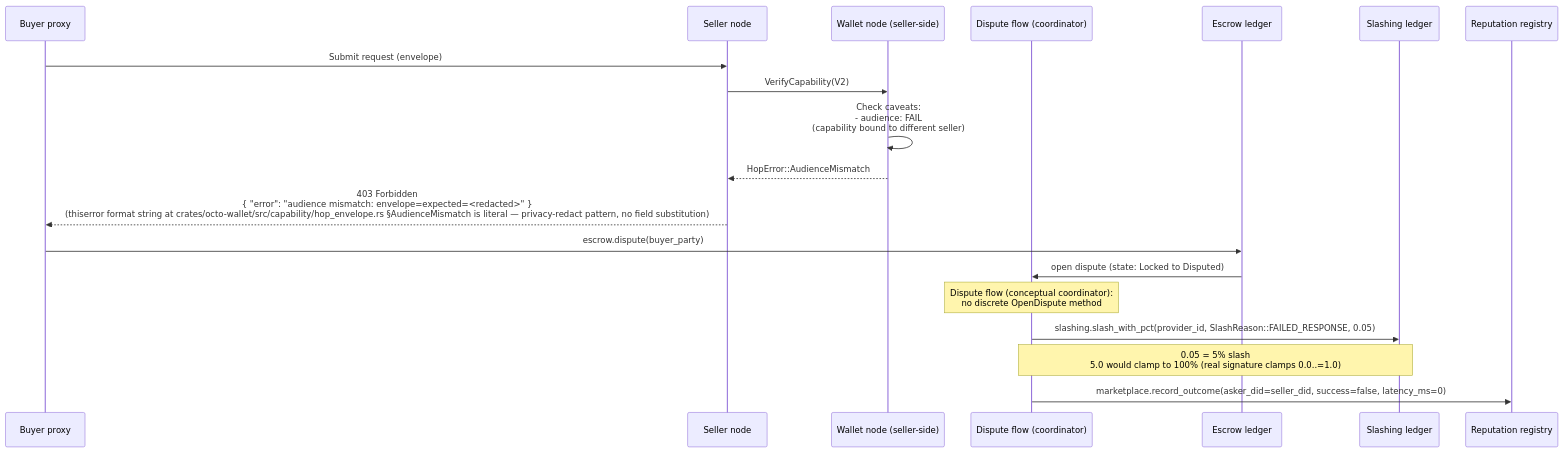
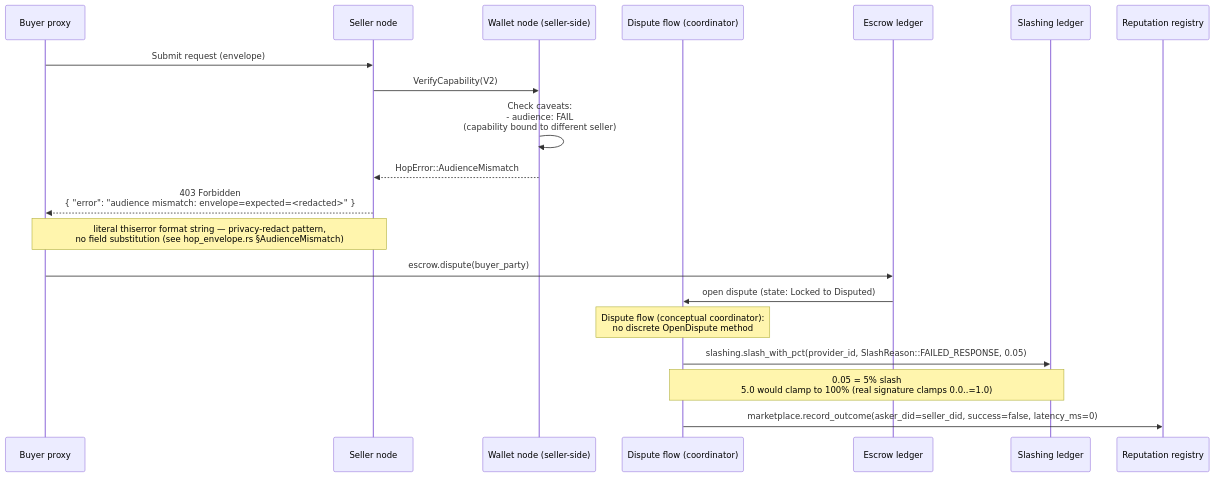
Diagram 13 of 14 in docs/architecture/end-to-end-scenarios.md (CipherOcto/cipherocto), drawn with Mermaid before and after one commit. The commit also changed other lines of this file, not shown here.

````diff
--- a/docs/architecture/end-to-end-scenarios.md
+++ b/docs/architecture/end-to-end-scenarios.md
@@ -758,23 +763,24 @@
 ```mermaid
 sequenceDiagram
     participant P0 as Buyer proxy
     participant SN as Seller node
     participant W as Wallet node (seller-side)
     participant D as Dispute flow (coordinator)
     participant E as Escrow ledger
     participant SL as Slashing ledger
     participant RR as Reputation registry
 
     P0->>SN: Submit request (envelope)
     SN->>W: VerifyCapability(V2)
     W->>W: Check caveats:<br/>  - audience: FAIL<br/>(capability bound to different seller)
     W-->>SN: HopError::AudienceMismatch
-    SN-->>P0: 403 Forbidden<br/>{ "error": "audience mismatch: envelope=expected=<redacted>" }<br/>(thiserror format string at crates/octo-wallet/src/capability/hop_envelope.rs §AudienceMismatch is literal — privacy-redact pattern, no field substitution)
+    SN-->>P0: 403 Forbidden<br/>{ "error": "audience mismatch: envelope=expected=<redacted>" }
+    Note over SN,P0: literal thiserror format string — privacy-redact pattern,<br/>no field substitution (see hop_envelope.rs §AudienceMismatch)
 
     P0->>E: escrow.dispute(buyer_party)
     E->>D: open dispute (state: Locked to Disputed)
     Note over D: Dispute flow (conceptual coordinator):<br/>no discrete OpenDispute method
     D->>SL: slashing.slash_with_pct(provider_id, SlashReason::FAILED_RESPONSE, 0.05)
     Note over D,SL: 0.05 = 5% slash<br/>5.0 would clamp to 100% (real signature clamps 0.0..=1.0)
     D->>RR: marketplace.record_outcome(asker_did=seller_did, success=false, latency_ms=0)
 ```
````
